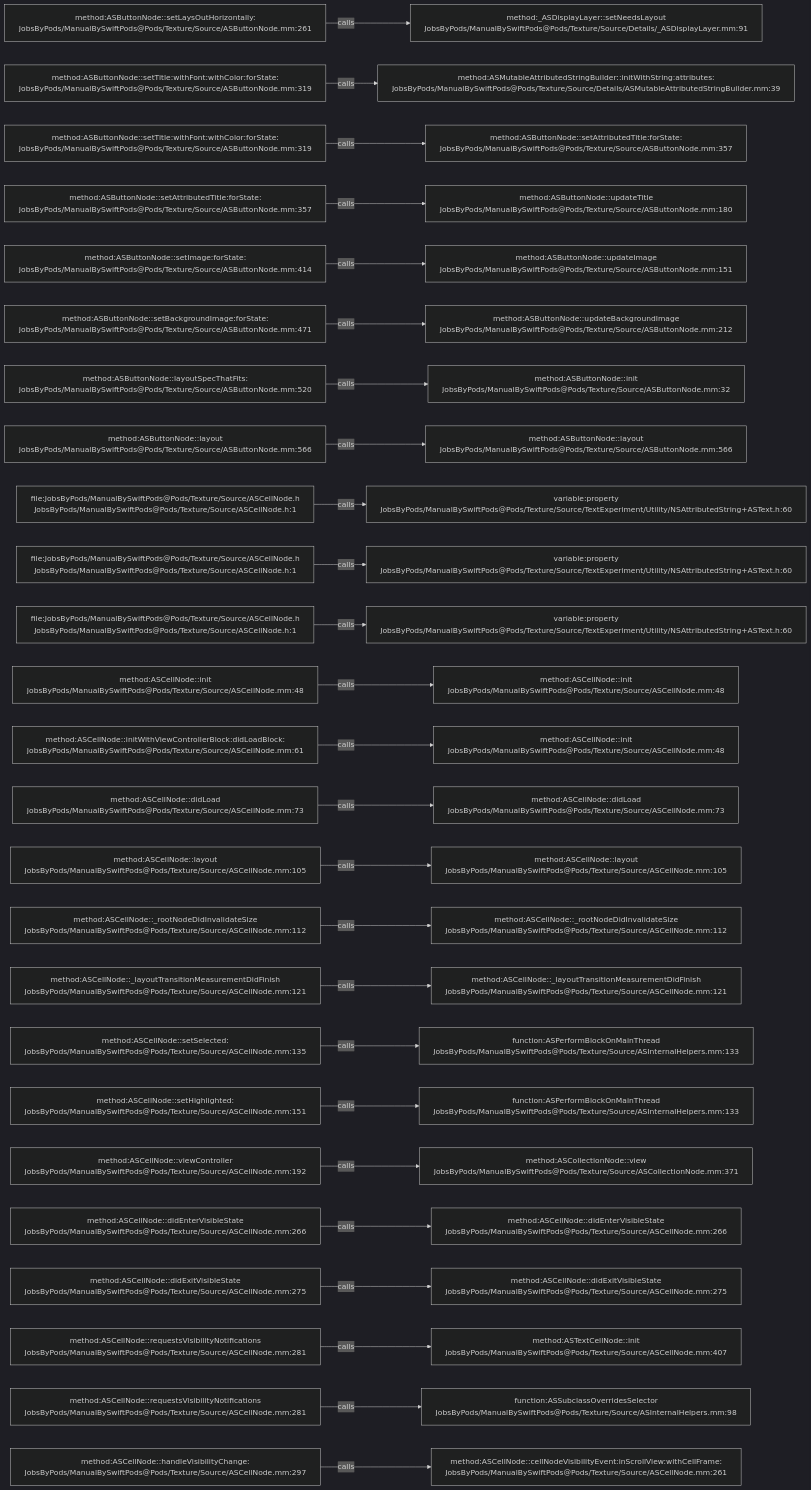
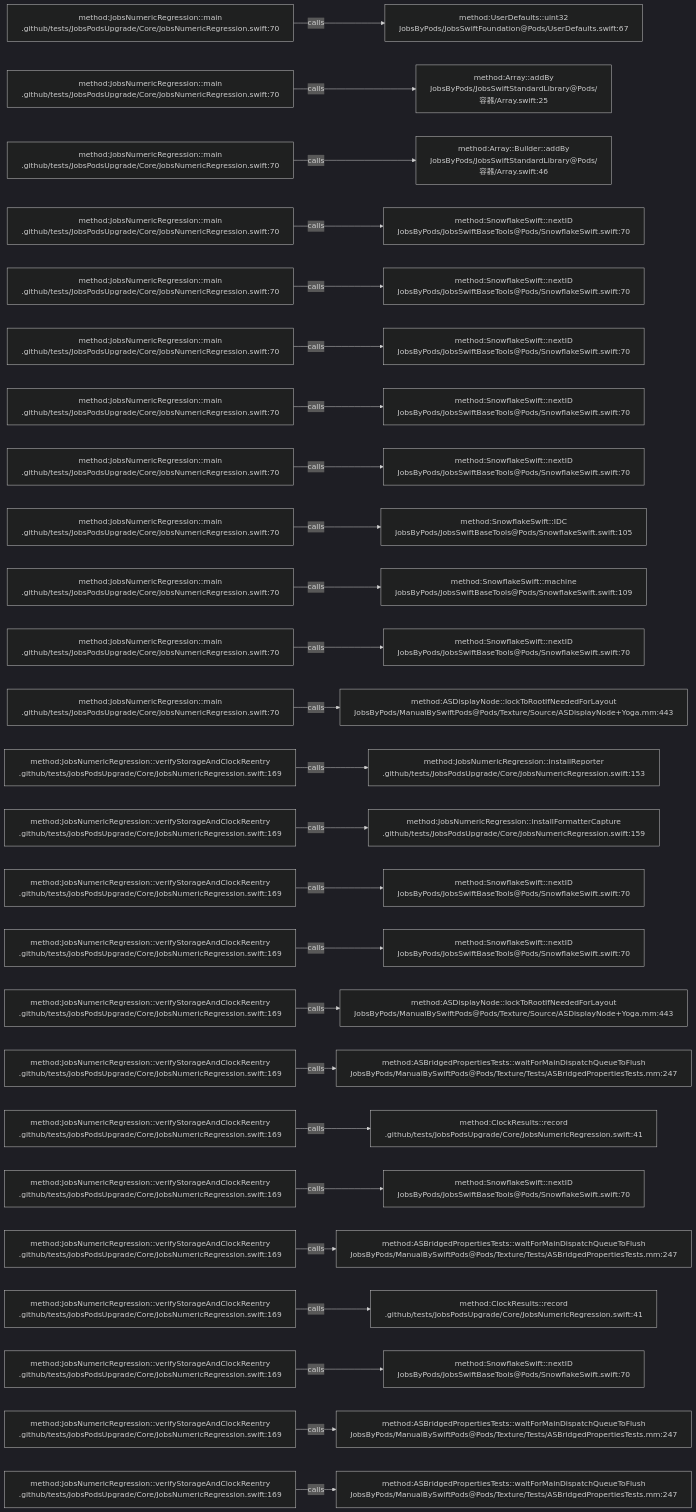
The diagram in .codegraph/codegraph.md/graphs/calls-004.md (JobsKits/JobsSwiftBaseConfigDemo), drawn with Mermaid (dark theme) before and after one commit. The commit also changed 224 other files, not shown here.

````diff
--- a/.codegraph/codegraph.md/graphs/calls-004.md
+++ b/.codegraph/codegraph.md/graphs/calls-004.md
@@ -13,78 +13,78 @@
 ```mermaid
 flowchart LR
-  S1["method:ASButtonNode::setLaysOutHorizontally:<br/>JobsByPods/ManualBySwiftPods@Pods/Texture/Source/ASButtonNode.mm:261"]
-  T1["method:_ASDisplayLayer::setNeedsLayout<br/>JobsByPods/ManualBySwiftPods@Pods/Texture/Source/Details/_ASDisplayLayer.mm:91"]
+  S1["method:JobsNumericRegression::main<br/>.github/tests/JobsPodsUpgrade/Core/JobsNumericRegression.swift:70"]
+  T1["method:UserDefaults::uint32<br/>JobsByPods/JobsSwiftFoundation@Pods/UserDefaults.swift:67"]
   S1 -->|calls| T1
-  S2["method:ASButtonNode::setTitle:withFont:withColor:forState:<br/>JobsByPods/ManualBySwiftPods@Pods/Texture/Source/ASButtonNode.mm:319"]
-  T2["method:ASMutableAttributedStringBuilder::initWithString:attributes:<br/>JobsByPods/ManualBySwiftPods@Pods/Texture/Source/Details/ASMutableAttributedStringBuilder.mm:39"]
+  S2["method:JobsNumericRegression::main<br/>.github/tests/JobsPodsUpgrade/Core/JobsNumericRegression.swift:70"]
+  T2["method:Array::addBy<br/>JobsByPods/JobsSwiftStandardLibrary@Pods/容器/Array.swift:25"]
   S2 -->|calls| T2
-  S3["method:ASButtonNode::setTitle:withFont:withColor:forState:<br/>JobsByPods/ManualBySwiftPods@Pods/Texture/Source/ASButtonNode.mm:319"]
-  T3["method:ASButtonNode::setAttributedTitle:forState:<br/>JobsByPods/ManualBySwiftPods@Pods/Texture/Source/ASButtonNode.mm:357"]
+  S3["method:JobsNumericRegression::main<br/>.github/tests/JobsPodsUpgrade/Core/JobsNumericRegression.swift:70"]
+  T3["method:Array::Builder::addBy<br/>JobsByPods/JobsSwiftStandardLibrary@Pods/容器/Array.swift:46"]
   S3 -->|calls| T3
-  S4["method:ASButtonNode::setAttributedTitle:forState:<br/>JobsByPods/ManualBySwiftPods@Pods/Texture/Source/ASButtonNode.mm:357"]
-  T4["method:ASButtonNode::updateTitle<br/>JobsByPods/ManualBySwiftPods@Pods/Texture/Source/ASButtonNode.mm:180"]
+  S4["method:JobsNumericRegression::main<br/>.github/tests/JobsPodsUpgrade/Core/JobsNumericRegression.swift:70"]
+  T4["method:SnowflakeSwift::nextID<br/>JobsByPods/JobsSwiftBaseTools@Pods/SnowflakeSwift.swift:70"]
   S4 -->|calls| T4
-  S5["method:ASButtonNode::setImage:forState:<br/>JobsByPods/ManualBySwiftPods@Pods/Texture/Source/ASButtonNode.mm:414"]
-  T5["method:ASButtonNode::updateImage<br/>JobsByPods/ManualBySwiftPods@Pods/Texture/Source/ASButtonNode.mm:151"]
+  S5["method:JobsNumericRegression::main<br/>.github/tests/JobsPodsUpgrade/Core/JobsNumericRegression.swift:70"]
+  T5["method:SnowflakeSwift::nextID<br/>JobsByPods/JobsSwiftBaseTools@Pods/SnowflakeSwift.swift:70"]
   S5 -->|calls| T5
-  S6["method:ASButtonNode::setBackgroundImage:forState:<br/>JobsByPods/ManualBySwiftPods@Pods/Texture/Source/ASButtonNode.mm:471"]
-  T6["method:ASButtonNode::updateBackgroundImage<br/>JobsByPods/ManualBySwiftPods@Pods/Texture/Source/ASButtonNode.mm:212"]
+  S6["method:JobsNumericRegression::main<br/>.github/tests/JobsPodsUpgrade/Core/JobsNumericRegression.swift:70"]
+  T6["method:SnowflakeSwift::nextID<br/>JobsByPods/JobsSwiftBaseTools@Pods/SnowflakeSwift.swift:70"]
   S6 -->|calls| T6
-  S7["method:ASButtonNode::layoutSpecThatFits:<br/>JobsByPods/ManualBySwiftPods@Pods/Texture/Source/ASButtonNode.mm:520"]
-  T7["method:ASButtonNode::init<br/>JobsByPods/ManualBySwiftPods@Pods/Texture/Source/ASButtonNode.mm:32"]
+  S7["method:JobsNumericRegression::main<br/>.github/tests/JobsPodsUpgrade/Core/JobsNumericRegression.swift:70"]
+  T7["method:SnowflakeSwift::nextID<br/>JobsByPods/JobsSwiftBaseTools@Pods/SnowflakeSwift.swift:70"]
   S7 -->|calls| T7
-  S8["method:ASButtonNode::layout<br/>JobsByPods/ManualBySwiftPods@Pods/Texture/Source/ASButtonNode.mm:566"]
-  T8["method:ASButtonNode::layout<br/>JobsByPods/ManualBySwiftPods@Pods/Texture/Source/ASButtonNode.mm:566"]
+  S8["method:JobsNumericRegression::main<br/>.github/tests/JobsPodsUpgrade/Core/JobsNumericRegression.swift:70"]
+  T8["method:SnowflakeSwift::nextID<br/>JobsByPods/JobsSwiftBaseTools@Pods/SnowflakeSwift.swift:70"]
   S8 -->|calls| T8
-  S9["file:JobsByPods/ManualBySwiftPods@Pods/Texture/Source/ASCellNode.h<br/>JobsByPods/ManualBySwiftPods@Pods/Texture/Source/ASCellNode.h:1"]
-  T9["variable:property<br/>JobsByPods/ManualBySwiftPods@Pods/Texture/Source/TextExperiment/Utility/NSAttributedString+ASText.h:60"]
+  S9["method:JobsNumericRegression::main<br/>.github/tests/JobsPodsUpgrade/Core/JobsNumericRegression.swift:70"]
+  T9["method:SnowflakeSwift::IDC<br/>JobsByPods/JobsSwiftBaseTools@Pods/SnowflakeSwift.swift:105"]
   S9 -->|calls| T9
-  S10["file:JobsByPods/ManualBySwiftPods@Pods/Texture/Source/ASCellNode.h<br/>JobsByPods/ManualBySwiftPods@Pods/Texture/Source/ASCellNode.h:1"]
-  T10["variable:property<br/>JobsByPods/ManualBySwiftPods@Pods/Texture/Source/TextExperiment/Utility/NSAttributedString+ASText.h:60"]
+  S10["method:JobsNumericRegression::main<br/>.github/tests/JobsPodsUpgrade/Core/JobsNumericRegression.swift:70"]
+  T10["method:SnowflakeSwift::machine<br/>JobsByPods/JobsSwiftBaseTools@Pods/SnowflakeSwift.swift:109"]
   S10 -->|calls| T10
-  S11["file:JobsByPods/ManualBySwiftPods@Pods/Texture/Source/ASCellNode.h<br/>JobsByPods/ManualBySwiftPods@Pods/Texture/Source/ASCellNode.h:1"]
-  T11["variable:property<br/>JobsByPods/ManualBySwiftPods@Pods/Texture/Source/TextExperiment/Utility/NSAttributedString+ASText.h:60"]
+  S11["method:JobsNumericRegression::main<br/>.github/tests/JobsPodsUpgrade/Core/JobsNumericRegression.swift:70"]
+  T11["method:SnowflakeSwift::nextID<br/>JobsByPods/JobsSwiftBaseTools@Pods/SnowflakeSwift.swift:70"]
   S11 -->|calls| T11
-  S12["method:ASCellNode::init<br/>JobsByPods/ManualBySwiftPods@Pods/Texture/Source/ASCellNode.mm:48"]
-  T12["method:ASCellNode::init<br/>JobsByPods/ManualBySwiftPods@Pods/Texture/Source/ASCellNode.mm:48"]
+  S12["method:JobsNumericRegression::main<br/>.github/tests/JobsPodsUpgrade/Core/JobsNumericRegression.swift:70"]
+  T12["method:ASDisplayNode::lockToRootIfNeededForLayout<br/>JobsByPods/ManualBySwiftPods@Pods/Texture/Source/ASDisplayNode+Yoga.mm:443"]
   S12 -->|calls| T12
-  S13["method:ASCellNode::initWithViewControllerBlock:didLoadBlock:<br/>JobsByPods/ManualBySwiftPods@Pods/Texture/Source/ASCellNode.mm:61"]
-  T13["method:ASCellNode::init<br/>JobsByPods/ManualBySwiftPods@Pods/Texture/Source/ASCellNode.mm:48"]
+  S13["method:JobsNumericRegression::verifyStorageAndClockReentry<br/>.github/tests/JobsPodsUpgrade/Core/JobsNumericRegression.swift:169"]
+  T13["method:JobsNumericRegression::installReporter<br/>.github/tests/JobsPodsUpgrade/Core/JobsNumericRegression.swift:153"]
   S13 -->|calls| T13
-  S14["method:ASCellNode::didLoad<br/>JobsByPods/ManualBySwiftPods@Pods/Texture/Source/ASCellNode.mm:73"]
-  T14["method:ASCellNode::didLoad<br/>JobsByPods/ManualBySwiftPods@Pods/Texture/Source/ASCellNode.mm:73"]
+  S14["method:JobsNumericRegression::verifyStorageAndClockReentry<br/>.github/tests/JobsPodsUpgrade/Core/JobsNumericRegression.swift:169"]
+  T14["method:JobsNumericRegression::installFormatterCapture<br/>.github/tests/JobsPodsUpgrade/Core/JobsNumericRegression.swift:159"]
   S14 -->|calls| T14
-  S15["method:ASCellNode::layout<br/>JobsByPods/ManualBySwiftPods@Pods/Texture/Source/ASCellNode.mm:105"]
-  T15["method:ASCellNode::layout<br/>JobsByPods/ManualBySwiftPods@Pods/Texture/Source/ASCellNode.mm:105"]
+  S15["method:JobsNumericRegression::verifyStorageAndClockReentry<br/>.github/tests/JobsPodsUpgrade/Core/JobsNumericRegression.swift:169"]
+  T15["method:SnowflakeSwift::nextID<br/>JobsByPods/JobsSwiftBaseTools@Pods/SnowflakeSwift.swift:70"]
   S15 -->|calls| T15
-  S16["method:ASCellNode::_rootNodeDidInvalidateSize<br/>JobsByPods/ManualBySwiftPods@Pods/Texture/Source/ASCellNode.mm:112"]
-  T16["method:ASCellNode::_rootNodeDidInvalidateSize<br/>JobsByPods/ManualBySwiftPods@Pods/Texture/Source/ASCellNode.mm:112"]
+  S16["method:JobsNumericRegression::verifyStorageAndClockReentry<br/>.github/tests/JobsPodsUpgrade/Core/JobsNumericRegression.swift:169"]
+  T16["method:SnowflakeSwift::nextID<br/>JobsByPods/JobsSwiftBaseTools@Pods/SnowflakeSwift.swift:70"]
   S16 -->|calls| T16
-  S17["method:ASCellNode::_layoutTransitionMeasurementDidFinish<br/>JobsByPods/ManualBySwiftPods@Pods/Texture/Source/ASCellNode.mm:121"]
-  T17["method:ASCellNode::_layoutTransitionMeasurementDidFinish<br/>JobsByPods/ManualBySwiftPods@Pods/Texture/Source/ASCellNode.mm:121"]
+  S17["method:JobsNumericRegression::verifyStorageAndClockReentry<br/>.github/tests/JobsPodsUpgrade/Core/JobsNumericRegression.swift:169"]
+  T17["method:ASDisplayNode::lockToRootIfNeededForLayout<br/>JobsByPods/ManualBySwiftPods@Pods/Texture/Source/ASDisplayNode+Yoga.mm:443"]
   S17 -->|calls| T17
-  S18["method:ASCellNode::setSelected:<br/>JobsByPods/ManualBySwiftPods@Pods/Texture/Source/ASCellNode.mm:135"]
-  T18["function:ASPerformBlockOnMainThread<br/>JobsByPods/ManualBySwiftPods@Pods/Texture/Source/ASInternalHelpers.mm:133"]
+  S18["method:JobsNumericRegression::verifyStorageAndClockReentry<br/>.github/tests/JobsPodsUpgrade/Core/JobsNumericRegression.swift:169"]
+  T18["method:ASBridgedPropertiesTests::waitForMainDispatchQueueToFlush<br/>JobsByPods/ManualBySwiftPods@Pods/Texture/Tests/ASBridgedPropertiesTests.mm:247"]
   S18 -->|calls| T18
-  S19["method:ASCellNode::setHighlighted:<br/>JobsByPods/ManualBySwiftPods@Pods/Texture/Source/ASCellNode.mm:151"]
-  T19["function:ASPerformBlockOnMainThread<br/>JobsByPods/ManualBySwiftPods@Pods/Texture/Source/ASInternalHelpers.mm:133"]
+  S19["method:JobsNumericRegression::verifyStorageAndClockReentry<br/>.github/tests/JobsPodsUpgrade/Core/JobsNumericRegression.swift:169"]
+  T19["method:ClockResults::record<br/>.github/tests/JobsPodsUpgrade/Core/JobsNumericRegression.swift:41"]
   S19 -->|calls| T19
-  S20["method:ASCellNode::viewController<br/>JobsByPods/ManualBySwiftPods@Pods/Texture/Source/ASCellNode.mm:192"]
-  T20["method:ASCollectionNode::view<br/>JobsByPods/ManualBySwiftPods@Pods/Texture/Source/ASCollectionNode.mm:371"]
+  S20["method:JobsNumericRegression::verifyStorageAndClockReentry<br/>.github/tests/JobsPodsUpgrade/Core/JobsNumericRegression.swift:169"]
+  T20["method:SnowflakeSwift::nextID<br/>JobsByPods/JobsSwiftBaseTools@Pods/SnowflakeSwift.swift:70"]
   S20 -->|calls| T20
-  S21["method:ASCellNode::didEnterVisibleState<br/>JobsByPods/ManualBySwiftPods@Pods/Texture/Source/ASCellNode.mm:266"]
-  T21["method:ASCellNode::didEnterVisibleState<br/>JobsByPods/ManualBySwiftPods@Pods/Texture/Source/ASCellNode.mm:266"]
+  S21["method:JobsNumericRegression::verifyStorageAndClockReentry<br/>.github/tests/JobsPodsUpgrade/Core/JobsNumericRegression.swift:169"]
+  T21["method:ASBridgedPropertiesTests::waitForMainDispatchQueueToFlush<br/>JobsByPods/ManualBySwiftPods@Pods/Texture/Tests/ASBridgedPropertiesTests.mm:247"]
   S21 -->|calls| T21
-  S22["method:ASCellNode::didExitVisibleState<br/>JobsByPods/ManualBySwiftPods@Pods/Texture/Source/ASCellNode.mm:275"]
-  T22["method:ASCellNode::didExitVisibleState<br/>JobsByPods/ManualBySwiftPods@Pods/Texture/Source/ASCellNode.mm:275"]
+  S22["method:JobsNumericRegression::verifyStorageAndClockReentry<br/>.github/tests/JobsPodsUpgrade/Core/JobsNumericRegression.swift:169"]
+  T22["method:ClockResults::record<br/>.github/tests/JobsPodsUpgrade/Core/JobsNumericRegression.swift:41"]
   S22 -->|calls| T22
-  S23["method:ASCellNode::requestsVisibilityNotifications<br/>JobsByPods/ManualBySwiftPods@Pods/Texture/Source/ASCellNode.mm:281"]
-  T23["method:ASTextCellNode::init<br/>JobsByPods/ManualBySwiftPods@Pods/Texture/Source/ASCellNode.mm:407"]
+  S23["method:JobsNumericRegression::verifyStorageAndClockReentry<br/>.github/tests/JobsPodsUpgrade/Core/JobsNumericRegression.swift:169"]
+  T23["method:SnowflakeSwift::nextID<br/>JobsByPods/JobsSwiftBaseTools@Pods/SnowflakeSwift.swift:70"]
   S23 -->|calls| T23
-  S24["method:ASCellNode::requestsVisibilityNotifications<br/>JobsByPods/ManualBySwiftPods@Pods/Texture/Source/ASCellNode.mm:281"]
-  T24["function:ASSubclassOverridesSelector<br/>JobsByPods/ManualBySwiftPods@Pods/Texture/Source/ASInternalHelpers.mm:98"]
+  S24["method:JobsNumericRegression::verifyStorageAndClockReentry<br/>.github/tests/JobsPodsUpgrade/Core/JobsNumericRegression.swift:169"]
+  T24["method:ASBridgedPropertiesTests::waitForMainDispatchQueueToFlush<br/>JobsByPods/ManualBySwiftPods@Pods/Texture/Tests/ASBridgedPropertiesTests.mm:247"]
   S24 -->|calls| T24
-  S25["method:ASCellNode::handleVisibilityChange:<br/>JobsByPods/ManualBySwiftPods@Pods/Texture/Source/ASCellNode.mm:297"]
-  T25["method:ASCellNode::cellNodeVisibilityEvent:inScrollView:withCellFrame:<br/>JobsByPods/ManualBySwiftPods@Pods/Texture/Source/ASCellNode.mm:261"]
+  S25["method:JobsNumericRegression::verifyStorageAndClockReentry<br/>.github/tests/JobsPodsUpgrade/Core/JobsNumericRegression.swift:169"]
+  T25["method:ASBridgedPropertiesTests::waitForMainDispatchQueueToFlush<br/>JobsByPods/ManualBySwiftPods@Pods/Texture/Tests/ASBridgedPropertiesTests.mm:247"]
   S25 -->|calls| T25
 ```
````
